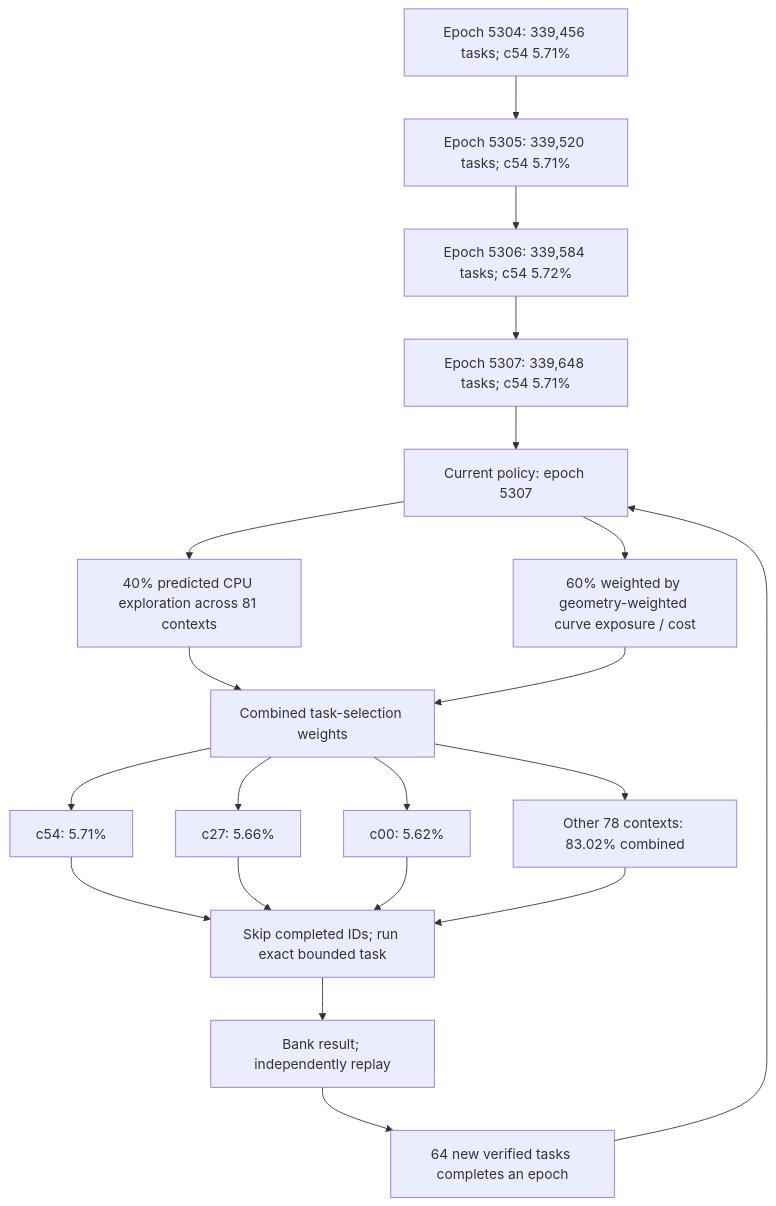
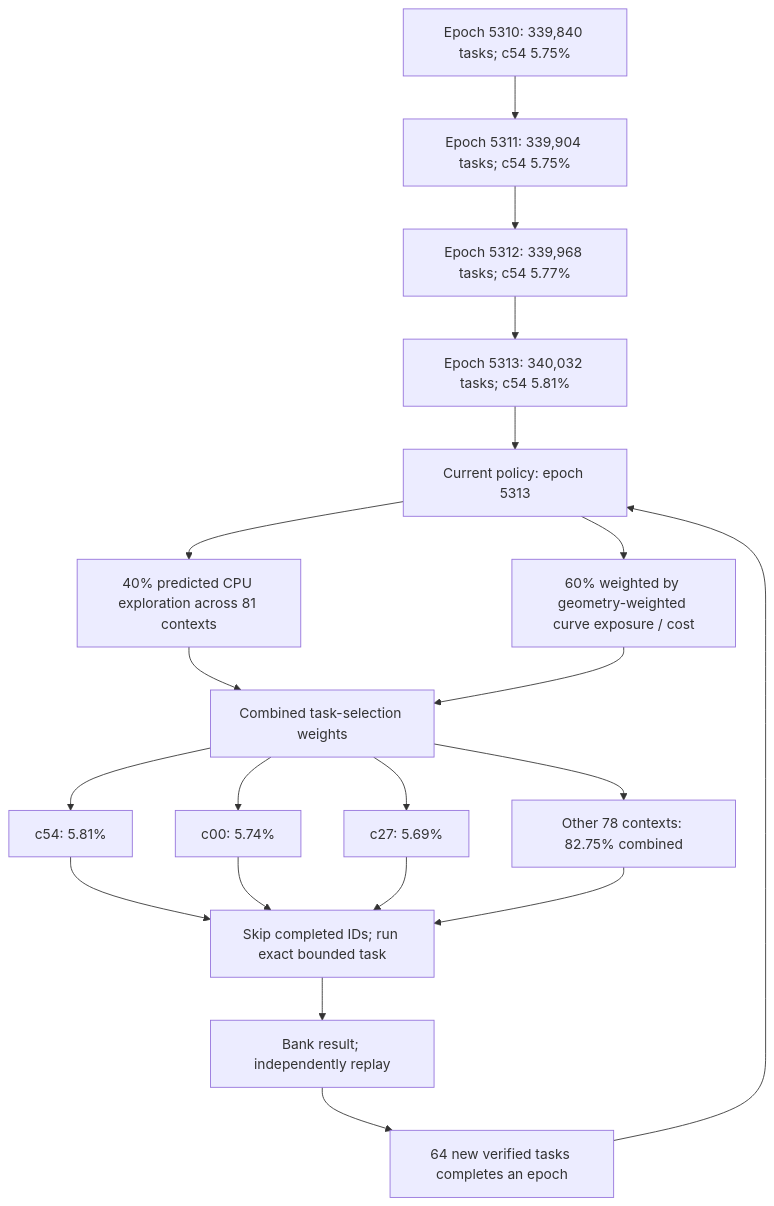
One commit to Kuberwastaken/math-gambling changed the first of 3 diagrams in README.md. Above: the diagram before and after it, drawn with Mermaid. The commit also changed other lines of this file and 1489 other files, not shown here.

````diff
--- a/README.md
+++ b/README.md
@@ -60,27 +60,27 @@
 ```mermaid
 flowchart TD
-    H0["Epoch 5304: 339,456 tasks; c54 5.71%"]
-    H1["Epoch 5305: 339,520 tasks; c54 5.71%"]
+    H0["Epoch 5310: 339,840 tasks; c54 5.75%"]
+    H1["Epoch 5311: 339,904 tasks; c54 5.75%"]
     H0 --> H1
-    H2["Epoch 5306: 339,584 tasks; c54 5.72%"]
+    H2["Epoch 5312: 339,968 tasks; c54 5.77%"]
     H1 --> H2
-    H3["Epoch 5307: 339,648 tasks; c54 5.71%"]
+    H3["Epoch 5313: 340,032 tasks; c54 5.81%"]
     H2 --> H3
-    Policy["Current policy: epoch 5307"]
+    Policy["Current policy: epoch 5313"]
     H3 --> Policy
     Policy --> Explore["40% predicted CPU exploration across 81 contexts"]
     Policy --> Cost["60% weighted by geometry-weighted curve exposure / cost"]
     Explore --> Mix["Combined task-selection weights"]
     Cost --> Mix
-    Mix --> C0["c54: 5.71%"]
-    Mix --> C1["c27: 5.66%"]
-    Mix --> C2["c00: 5.62%"]
-    Mix --> Rest["Other 78 contexts: 83.02% combined"]
+    Mix --> C0["c54: 5.81%"]
+    Mix --> C1["c00: 5.74%"]
+    Mix --> C2["c27: 5.69%"]
+    Mix --> Rest["Other 78 contexts: 82.75% combined"]
     C0 --> Check["Skip completed IDs; run exact bounded task"]
     C1 --> Check
     C2 --> Check
     Rest --> Check
     Check --> Replay["Bank result; independently replay"]
     Replay --> Gate["64 new verified tasks completes an epoch"]
     Gate --> Policy
 ```
````
